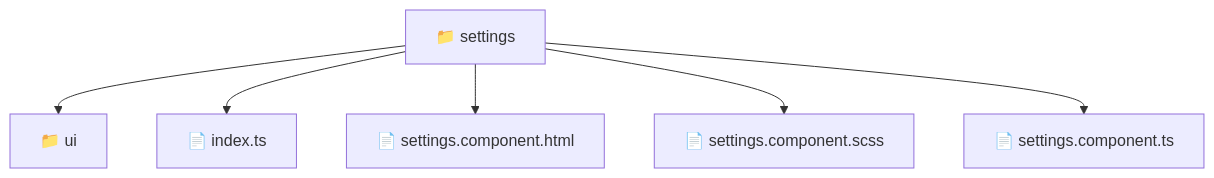
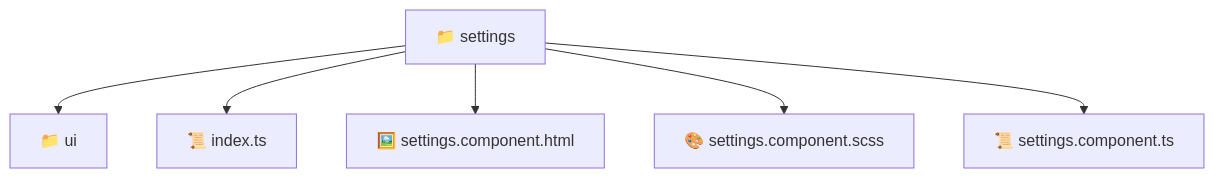
Before and after one commit to beginwebdev2002/fullstack-mavluda: the diagram in frontend/src/pages/settings/README.md, drawn with Mermaid. The commit also changed other lines of this file and 163 other files, not shown here.

````diff
--- a/frontend/src/pages/settings/README.md
+++ b/frontend/src/pages/settings/README.md
@@ -11,9 +11,9 @@
 ```mermaid
 graph TD
-  Root["📁 settings"]
-  Root --> ui["📁 ui"]
-  Root --> index_ts["📄 index.ts"]
-  Root --> settings_component_html["📄 settings.component.html"]
-  Root --> settings_component_scss["📄 settings.component.scss"]
-  Root --> settings_component_ts["📄 settings.component.ts"]
+  settings["📁 settings"]
+  settings --> ui["📁 ui"]
+  settings --> index_ts["📜 index.ts"]
+  settings --> settings_component_html["🖼️ settings.component.html"]
+  settings --> settings_component_scss["🎨 settings.component.scss"]
+  settings --> settings_component_ts["📜 settings.component.ts"]
 ```
````
